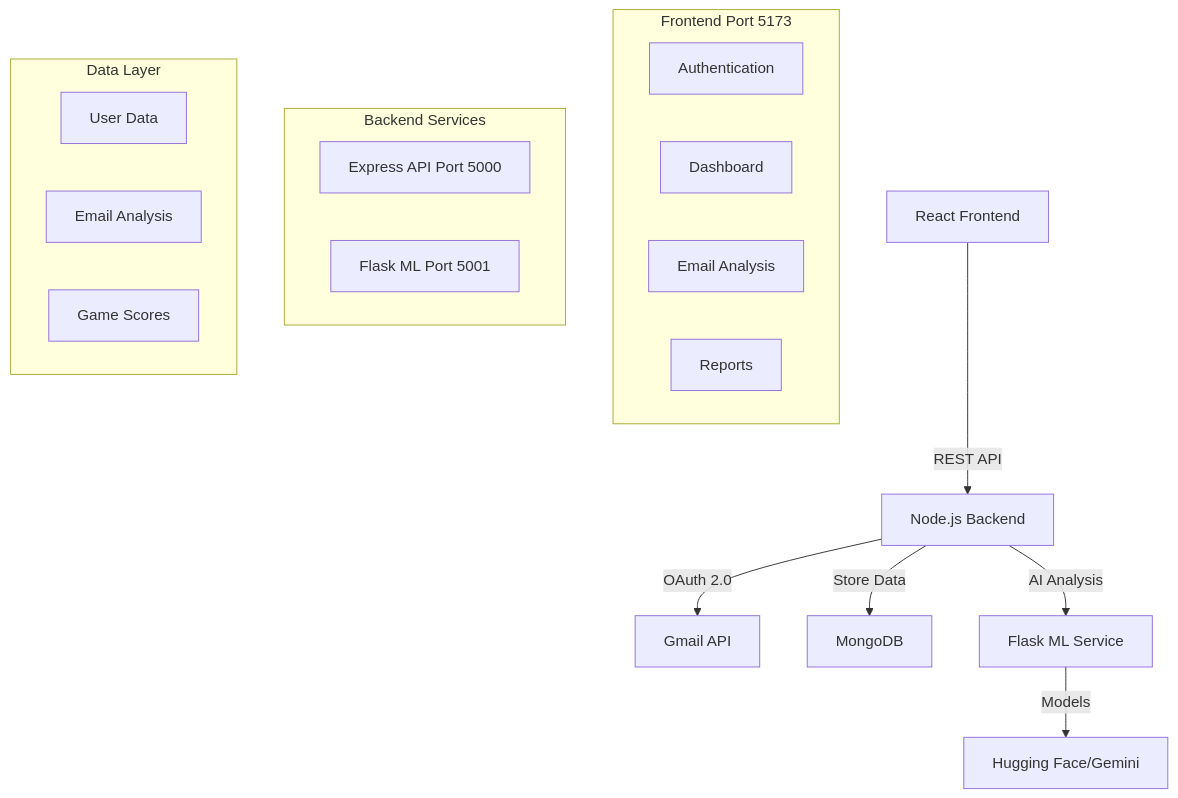
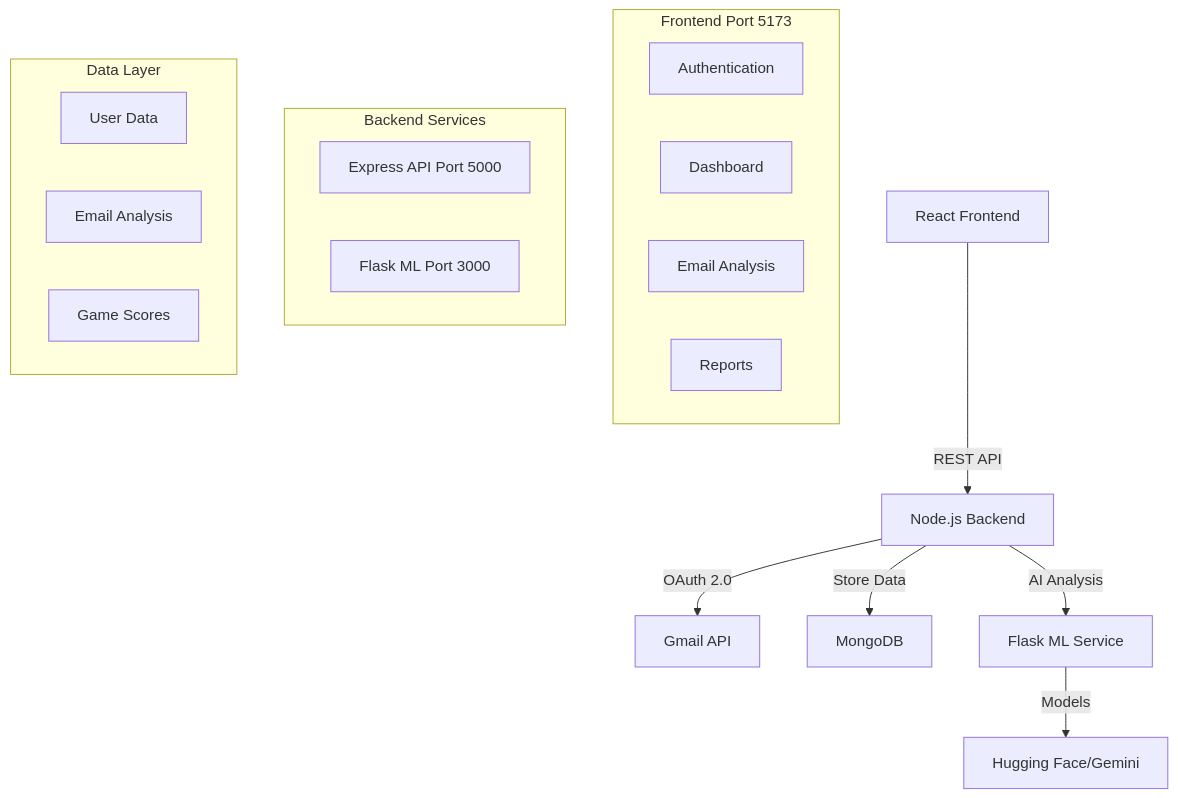
One commit to yash69420/social_shield changed the diagram in README.md. Above: the diagram before and after it, drawn with Mermaid. The commit also changed other lines of this file and 3 other files, not shown here.

````diff
--- a/README.md
+++ b/README.md
@@ -66,26 +66,26 @@
 ```mermaid
 graph TB
     A[React Frontend] -->|REST API| B[Node.js Backend]
     B -->|OAuth 2.0| C[Gmail API]
     B -->|Store Data| D[MongoDB]
     B -->|AI Analysis| E[Flask ML Service]
     E -->|Models| F[Hugging Face/Gemini]
 
     subgraph Frontend["Frontend Port 5173"]
         A1[Authentication]
         A2[Dashboard]
         A3[Email Analysis]
         A4[Reports]
     end
 
     subgraph Backend["Backend Services"]
         B1[Express API Port 5000]
-        E1[Flask ML Port 5001]
+        E1[Flask ML Port 3000]
     end
 
     subgraph Data["Data Layer"]
         D1[User Data]
         D2[Email Analysis]
         D3[Game Scores]
     end
 ```
````
